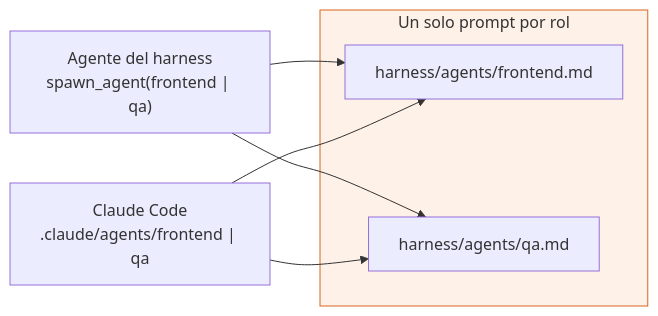
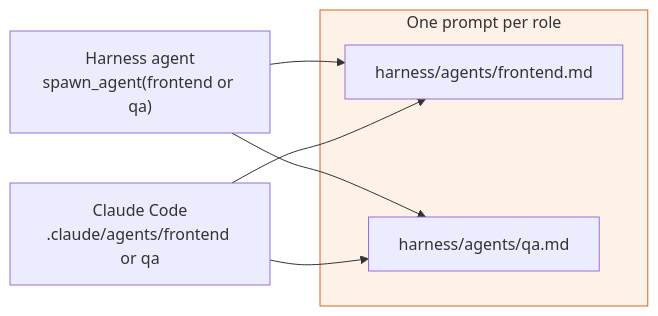
Diagram 15 of 15 in README.md (ada-school/ada-harness), drawn with Mermaid before and after one commit. The commit also changed other lines of this file and 95 other files, not shown here.

````diff
--- a/README.md
+++ b/README.md
@@ -732,12 +763,12 @@
 ```mermaid
 flowchart LR
-    subgraph UNO["Un solo prompt por rol"]
+    subgraph UNO["One prompt per role"]
         F["harness/agents/frontend.md"]
         Q["harness/agents/qa.md"]
     end
-    H["Agente del harness<br/>spawn_agent(frontend | qa)"] --> F
+    H["Harness agent<br/>spawn_agent(frontend or qa)"] --> F
     H --> Q
-    C["Claude Code<br/>.claude/agents/frontend | qa"] --> F
+    C["Claude Code<br/>.claude/agents/frontend or qa"] --> F
     C --> Q
     style UNO fill:#fdf1e8,stroke:#d9641e
 ```
````
